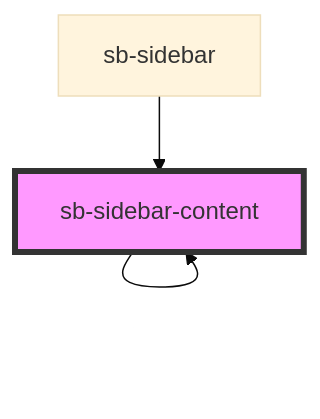
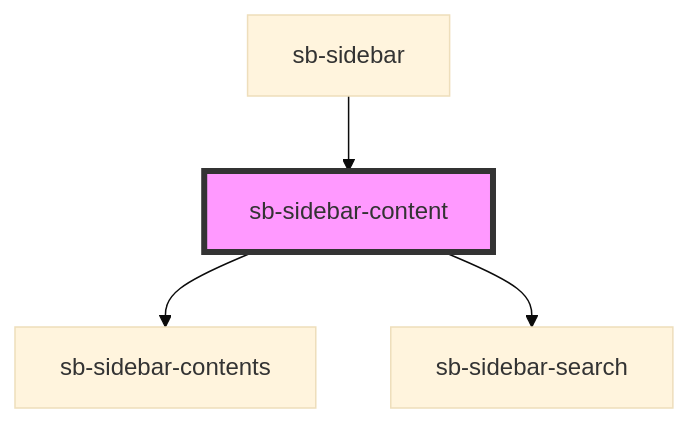
The diagram in songwriting-book/src/components/sidebar/readme.md (LawrenceBorst/songwriting-book), drawn with Mermaid (base theme) before and after one commit. The commit also changed other lines of this file and 11 other files, not shown here.

````diff
--- a/songwriting-book/src/components/sidebar/readme.md
+++ b/songwriting-book/src/components/sidebar/readme.md
@@ -28,6 +27,7 @@
 ```mermaid
 graph TD;
-  sb-sidebar-content --> sb-sidebar-content
+  sb-sidebar-content --> sb-sidebar-contents
+  sb-sidebar-content --> sb-sidebar-search
   sb-sidebar --> sb-sidebar-content
   style sb-sidebar-content fill:#f9f,stroke:#333,stroke-width:4px
 ```
````
